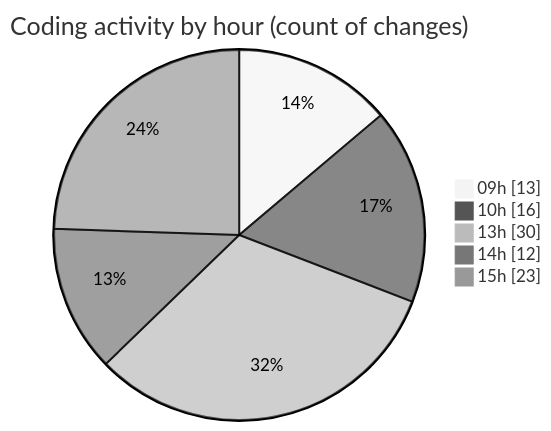
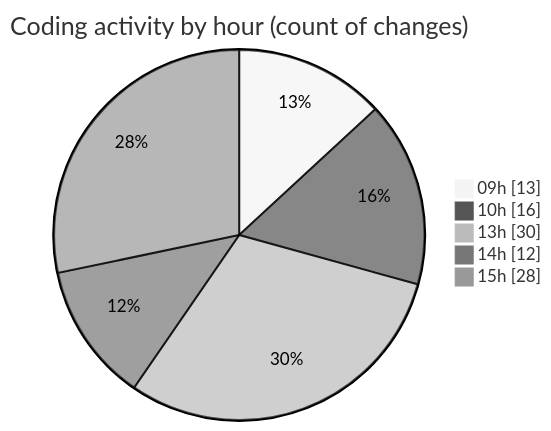
The second of 2 diagrams in 2025-03-31/cda/README.md (momahboobian/code-tracking), drawn with Mermaid (neutral theme) before and after one commit. The commit also changed other lines of this file and 1 other file, not shown here.

````diff
--- a/2025-03-31/cda/README.md
+++ b/2025-03-31/cda/README.md
@@ -37,9 +38,9 @@
 ```mermaid
 pie showData
 title Coding activity by hour (count of changes)
 "09h" : 13
 "10h" : 16
 "13h" : 30
 "14h" : 12
-"15h" : 23
+"15h" : 28
 ```
````
